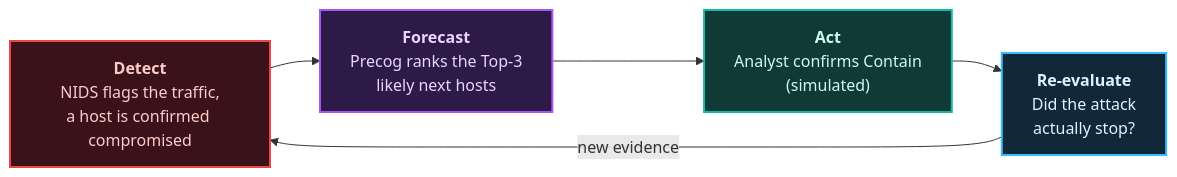
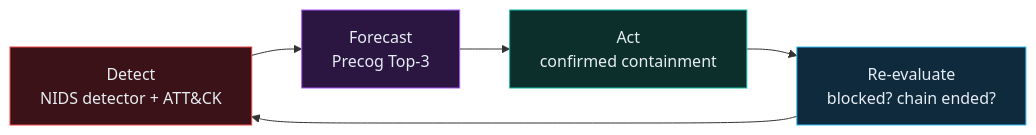
The first of 9 diagrams in README.md (Sagar44-Github/precog-platform), drawn with Mermaid before and after one commit. The commit also changed other lines of this file and 5 other files, not shown here.

````diff
--- a/README.md
+++ b/README.md
@@ -110,15 +73,16 @@
 ```mermaid
 flowchart LR
-    D["<b>Detect</b><br/>NIDS flags the traffic,<br/>a host is confirmed compromised"]:::happened
-    F["<b>Forecast</b><br/>Precog ranks the Top-3<br/>likely next hosts"]:::predicted
-    A["<b>Act</b><br/>Analyst confirms Contain<br/>(simulated)"]:::did
-    R["<b>Re-evaluate</b><br/>Did the attack<br/>actually stop?"]:::neutral
+    A["Detect<br/>NIDS detector + ATT&CK"] --> B["Forecast<br/>Precog Top-3"]
+    B --> C["Act<br/>confirmed containment"]
+    C --> D["Re-evaluate<br/>blocked? chain ended?"]
+    D --> A
 
-    D --> F --> A --> R
-    R -->|"new evidence"| D
-
-    classDef happened fill:#3b1219,stroke:#ef4444,stroke-width:2px,color:#fecaca
-    classDef predicted fill:#2e1a47,stroke:#a855f7,stroke-width:2px,color:#e9d5ff
-    classDef did fill:#0f3a36,stroke:#14b8a6,stroke-width:2px,color:#ccfbf1
-    classDef neutral fill:#10283a,stroke:#38bdf8,stroke-width:2px,color:#e0f2fe
+    classDef happened fill:#3b1218,stroke:#ef4444,color:#e6edf3
+    classDef predict fill:#2a1640,stroke:#a855f7,color:#e6edf3
+    classDef did fill:#0d2f2c,stroke:#14b8a6,color:#e6edf3
+    classDef check fill:#0f2a3d,stroke:#38bdf8,color:#e6edf3
+    class A happened
+    class B predict
+    class C did
+    class D check
 ```
````
